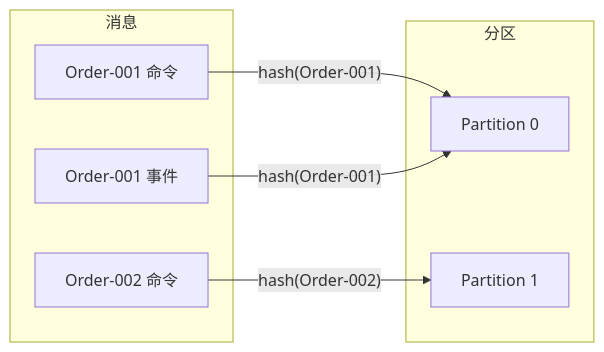
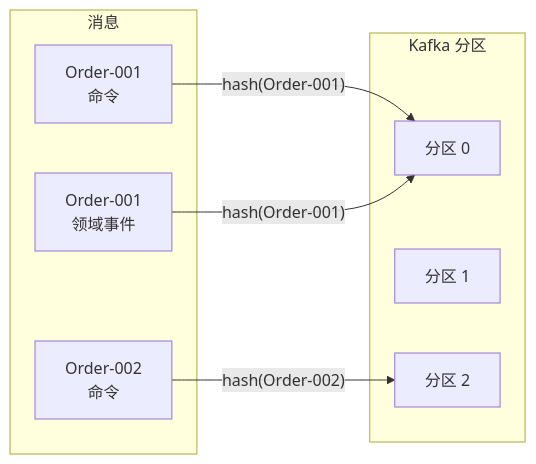
The fifth of 6 diagrams in documentation/docs/zh/guide/extensions/kafka.md (Ahoo-Wang/Wow), drawn with Mermaid before and after one commit. The commit also changed other lines of this file and 96 other files, not shown here.

First line of the commit message:
docs: restructure documentation into three-layer progressive architecture (#2622)

````diff
--- a/documentation/docs/zh/guide/extensions/kafka.md
+++ b/documentation/docs/zh/guide/extensions/kafka.md
@@ -109,17 +281,16 @@
 ```mermaid
 flowchart LR
     subgraph Messages["消息"]
-        M1["Order-001 命令"]
-        M2["Order-002 命令"]
-        M3["Order-001 事件"]
+        C1["Order-001<br>命令"]
+        C2["Order-002<br>命令"]
+        E1["Order-001<br>领域事件"]
     end
-
-    subgraph Partitions["分区"]
-        P0["Partition 0"]
-        P1["Partition 1"]
+    subgraph Partitions["Kafka 分区"]
+        P0["分区 0"]
+        P1["分区 1"]
+        P2["分区 2"]
     end
-
-    M1 -->|"hash(Order-001)"| P0
-    M2 -->|"hash(Order-002)"| P1
-    M3 -->|"hash(Order-001)"| P0
+    C1 -->|"hash(Order-001)"| P0
+    C2 -->|"hash(Order-002)"| P2
+    E1 -->|"hash(Order-001)"| P0
 ```
````
